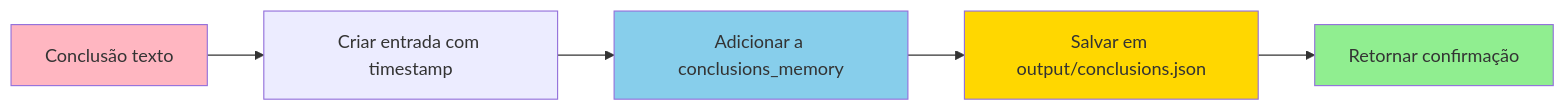
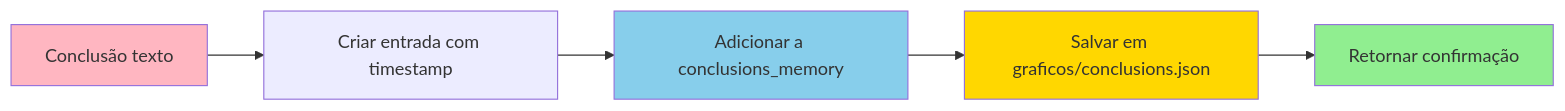
One commit to marviniDev/agent-analyzer-data changed the sixth of 10 diagrams in doc/fluxograma.md. Above: the diagram before and after it, drawn with Mermaid. The commit also changed other lines of this file and 41 other files, not shown here.

````diff
--- a/doc/fluxograma.md
+++ b/doc/fluxograma.md
@@ -155,12 +155,12 @@
 ```mermaid
 flowchart LR
     A[Conclusão texto] --> B[Criar entrada com timestamp]
     B --> C[Adicionar a conclusions_memory]
-    C --> D[Salvar em output/conclusions.json]
+    C --> D[Salvar em graficos/conclusions.json]
     D --> E[Retornar confirmação]
     
     style A fill:#FFB6C1
     style C fill:#87CEEB
     style D fill:#FFD700
     style E fill:#90EE90
 ```
````
